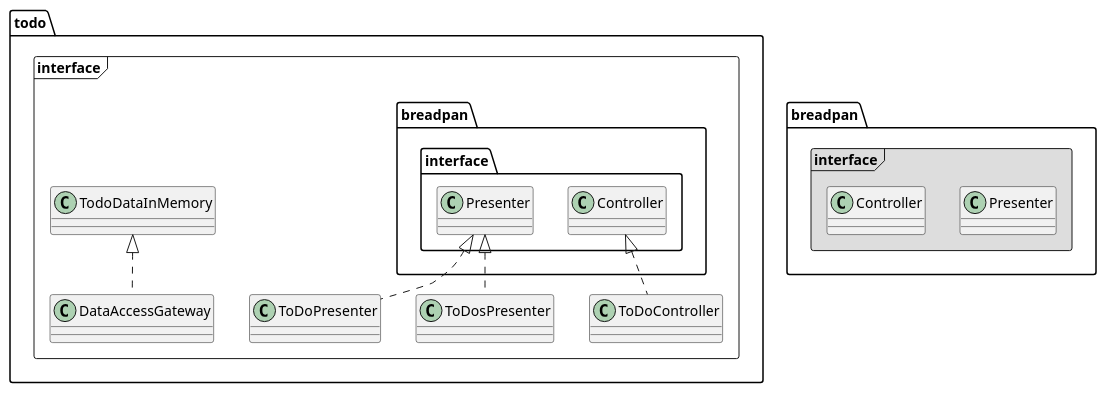
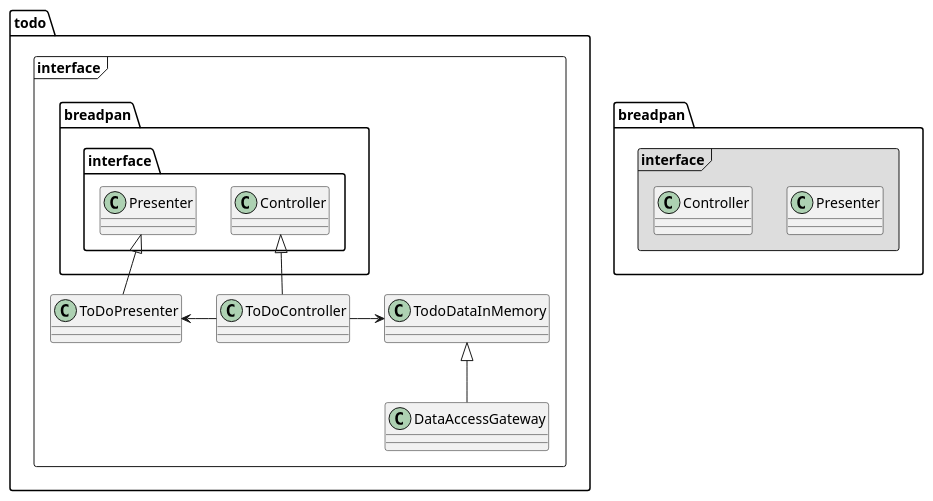
One commit to jinhoyoo/breadpan changed the fourth of 4 diagrams in docs/how_to_implement.md. Above: the diagram before and after it, drawn with PlantUML. The commit also changed other lines of this file and 1 other file, not shown here.

````diff
--- a/docs/how_to_implement.md
+++ b/docs/how_to_implement.md
@@ -156,17 +203,18 @@
 ```plantuml
 @startuml
 
 package todo.interface <<Frame>> { 
-  TodoDataInMemory <|.. DataAccessGateway
-  breadpan.interface.Presenter <|.. ToDoPresenter 
-  breadpan.interface.Presenter <|.. ToDosPresenter
-  breadpan.interface.Controller <|.. ToDoController
+  TodoDataInMemory <|-- DataAccessGateway
+  breadpan.interface.Presenter <|-- ToDoPresenter 
+  breadpan.interface.Controller <|-- ToDoController
+  ToDoController -> TodoDataInMemory
+  ToDoPresenter <- ToDoController
 }
 
 package breadpan.interface <<Frame>> #DDDDDD{
   class Presenter
-  class Controller
+  class Controller 
 }
 
 @enduml
 ```
````
